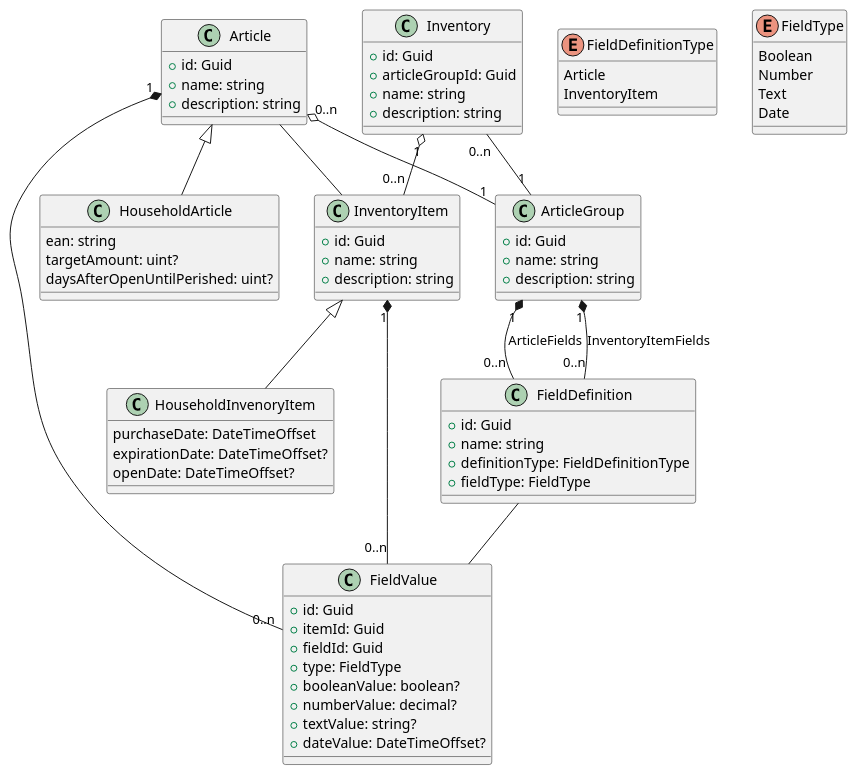
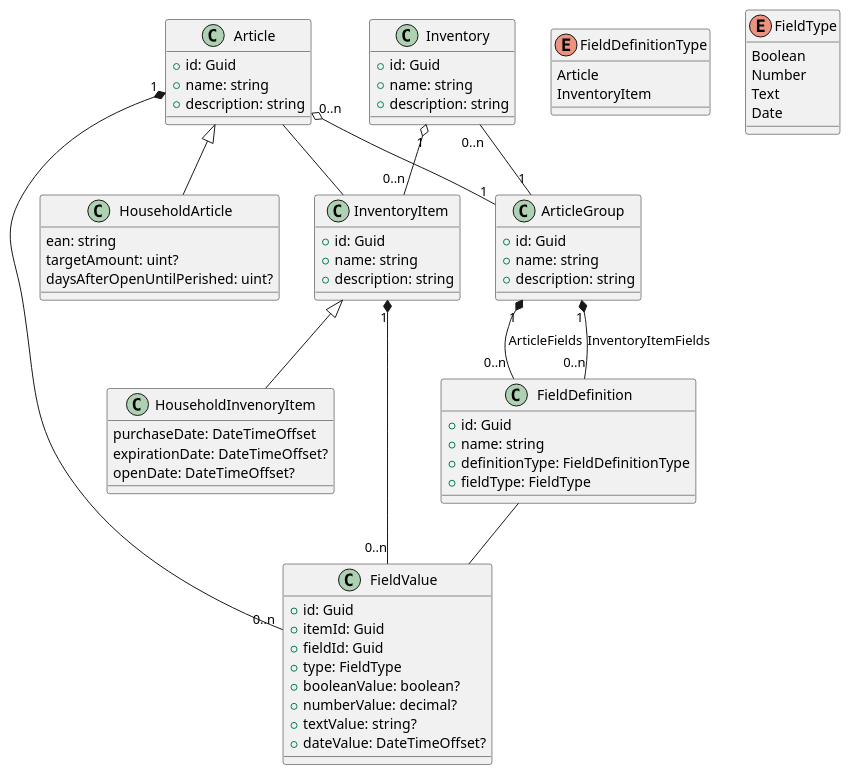
Before and after one commit to PhilKTurner/home-ims: the diagram in doc/Domain.plantuml, drawn with PlantUML. The commit also changed 17 other files, not shown here.

```diff
--- a/doc/Domain.plantuml
+++ b/doc/Domain.plantuml
@@ -1,86 +1,85 @@
 @startuml Domain
 
 class ArticleGroup {
   +id: Guid
   +name: string
   +description: string
 }
 
 enum FieldDefinitionType {
   Article
   InventoryItem
 }
 
 enum FieldType {
   Boolean
   Number
   Text
   Date
 }
 
 class FieldDefinition {
   +id: Guid
   +name: string
   +definitionType: FieldDefinitionType
   +fieldType: FieldType
 }
 
 class FieldValue {
   +id: Guid
   +itemId: Guid
   +fieldId: Guid
   +type: FieldType
   +booleanValue: boolean?
   +numberValue: decimal?
   +textValue: string?
   +dateValue: DateTimeOffset?
 }
 
 class Article {
   +id: Guid
   +name: string
   +description: string
 }
 
 class HouseholdArticle {
   ean: string
   targetAmount: uint?
   daysAfterOpenUntilPerished: uint?
 }
 
 class Inventory {
   +id: Guid
-  +articleGroupId: Guid
   +name: string
   +description: string
 }
 
 class InventoryItem {
   +id: Guid
   +name: string
   +description: string
 }
 
 class HouseholdInvenoryItem {
   purchaseDate: DateTimeOffset
   expirationDate: DateTimeOffset?
   openDate: DateTimeOffset?
 }
 
 ArticleGroup "1" *-- "0..n" FieldDefinition: ArticleFields
 ArticleGroup "1" *-- "0..n" FieldDefinition: InventoryItemFields
 
 Article "0..n" o-- "1" ArticleGroup
 Article "1" *-- "0..n" FieldValue
 
 Inventory "1" o-- "0..n" InventoryItem
 InventoryItem "1" *-- "0..n" FieldValue
 
 Inventory "0..n" -- "1" ArticleGroup
 Article -- InventoryItem
 FieldDefinition -- FieldValue
 
 Article <|-- HouseholdArticle
 InventoryItem <|-- HouseholdInvenoryItem
 
 @enduml
```
